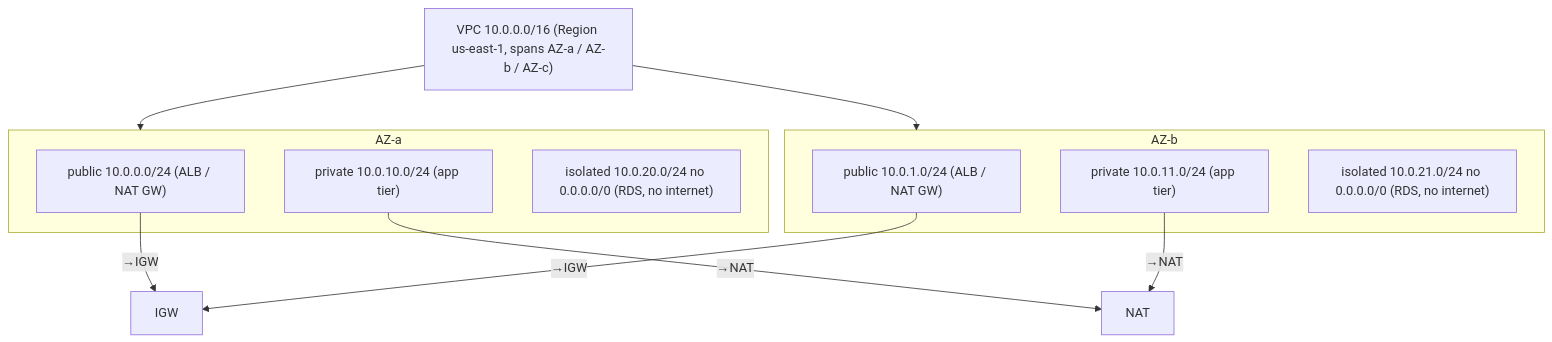
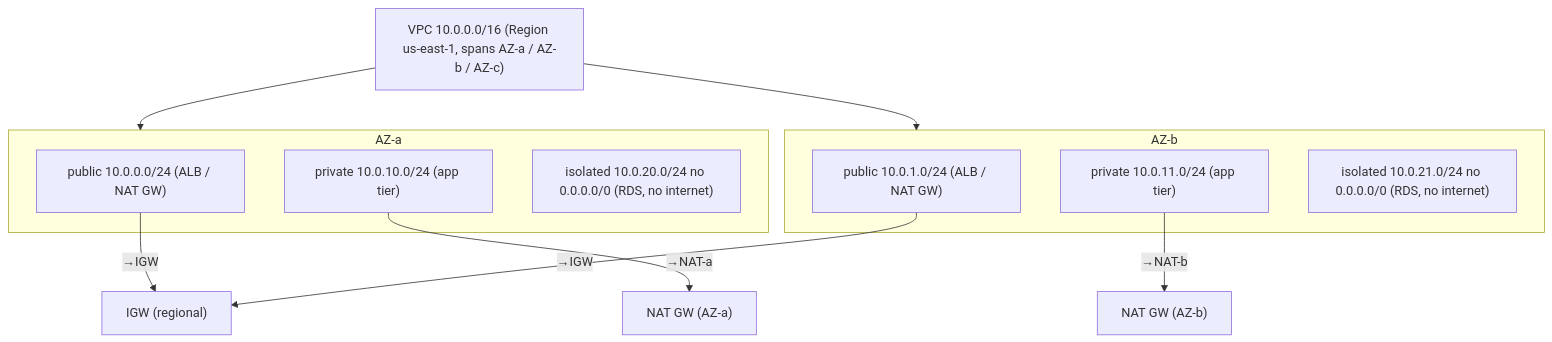
Before and after one commit to PaulSayantan/grokking-interview: the first of 2 diagrams in topics/system-design/aws-networking-vpc-privatelink/concepts.md, drawn with Mermaid. The commit also changed other lines of this file and 61 other files, not shown here.

````diff
--- a/topics/system-design/aws-networking-vpc-privatelink/concepts.md
+++ b/topics/system-design/aws-networking-vpc-privatelink/concepts.md
@@ -44,20 +44,20 @@
 ```mermaid
 flowchart TD
   VPC["VPC 10.0.0.0/16 (Region us-east-1, spans AZ-a / AZ-b / AZ-c)"]
   VPC --> AZa
   VPC --> AZb
   subgraph AZa["AZ-a"]
     A1["public 10.0.0.0/24 (ALB / NAT GW)"]
     A2["private 10.0.10.0/24 (app tier)"]
     A3["isolated 10.0.20.0/24 no 0.0.0.0/0 (RDS, no internet)"]
   end
   subgraph AZb["AZ-b"]
     B1["public 10.0.1.0/24 (ALB / NAT GW)"]
     B2["private 10.0.11.0/24 (app tier)"]
     B3["isolated 10.0.21.0/24 no 0.0.0.0/0 (RDS, no internet)"]
   end
-  A1 -->|"→IGW"| IGW["IGW"]
+  A1 -->|"→IGW"| IGW["IGW (regional)"]
   B1 -->|"→IGW"| IGW
-  A2 -->|"→NAT"| NAT["NAT"]
-  B2 -->|"→NAT"| NAT
+  A2 -->|"→NAT-a"| NATa["NAT GW (AZ-a)"]
+  B2 -->|"→NAT-b"| NATb["NAT GW (AZ-b)"]
 ```
````
